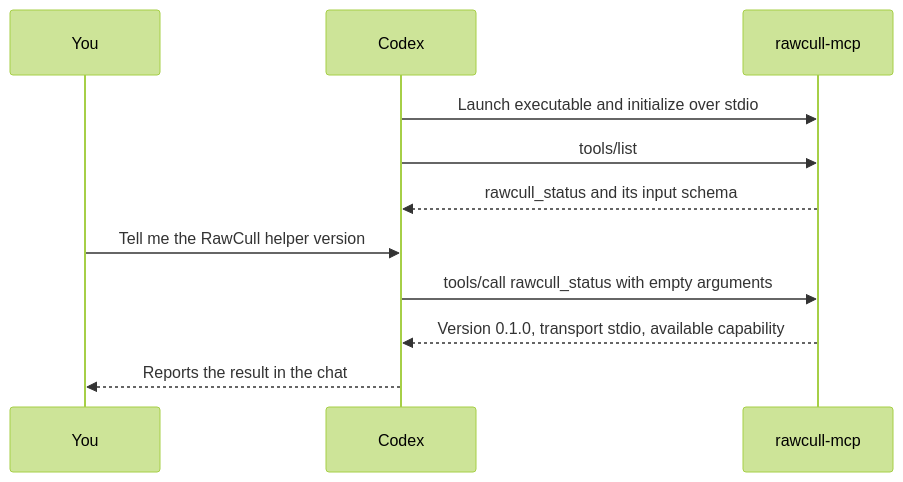
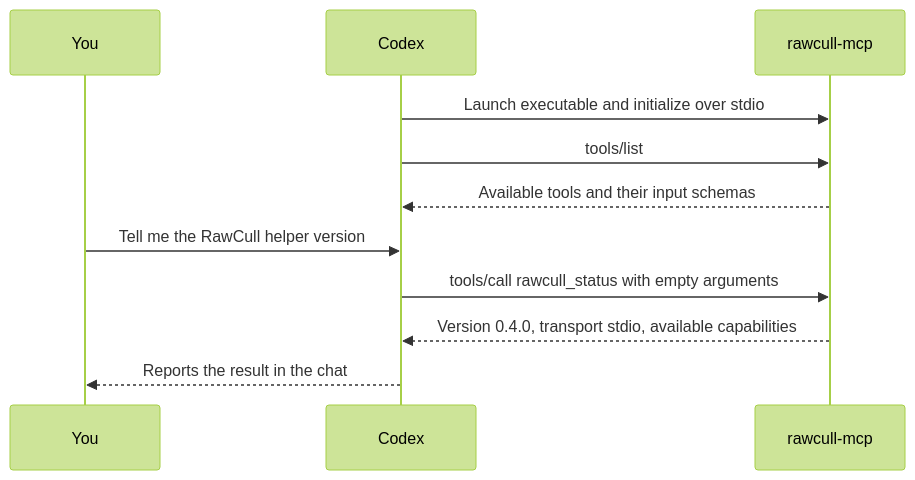
Before and after one commit to rsyncOSX/RawCull: the diagram in Docs/mcp.md, drawn with Mermaid (forest theme). The commit also changed other lines of this file, not shown here.

````diff
--- a/Docs/mcp.md
+++ b/Docs/mcp.md
@@ -18,13 +18,13 @@
 ```mermaid
 sequenceDiagram
     participant You
     participant Codex
     participant Helper as rawcull-mcp
     Codex->>Helper: Launch executable and initialize over stdio
     Codex->>Helper: tools/list
-    Helper-->>Codex: rawcull_status and its input schema
+    Helper-->>Codex: Available tools and their input schemas
     You->>Codex: Tell me the RawCull helper version
     Codex->>Helper: tools/call rawcull_status with empty arguments
-    Helper-->>Codex: Version 0.1.0, transport stdio, available capability
+    Helper-->>Codex: Version 0.4.0, transport stdio, available capabilities
     Codex-->>You: Reports the result in the chat
 ```
````
